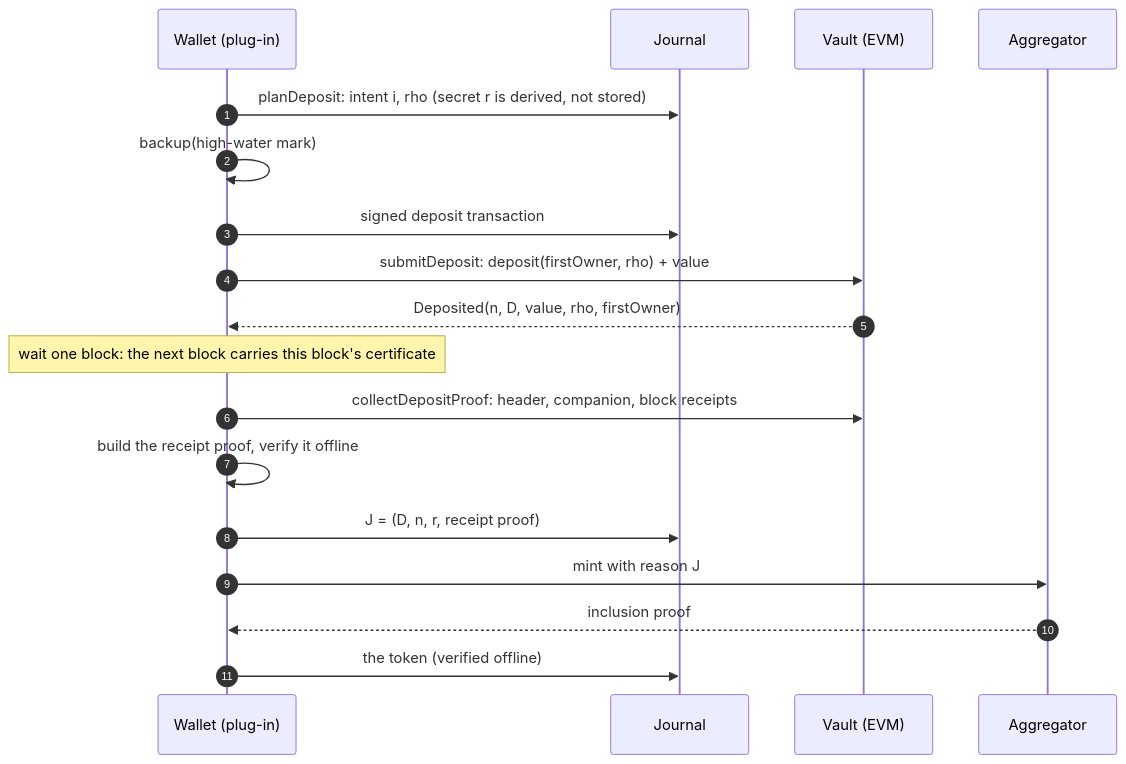
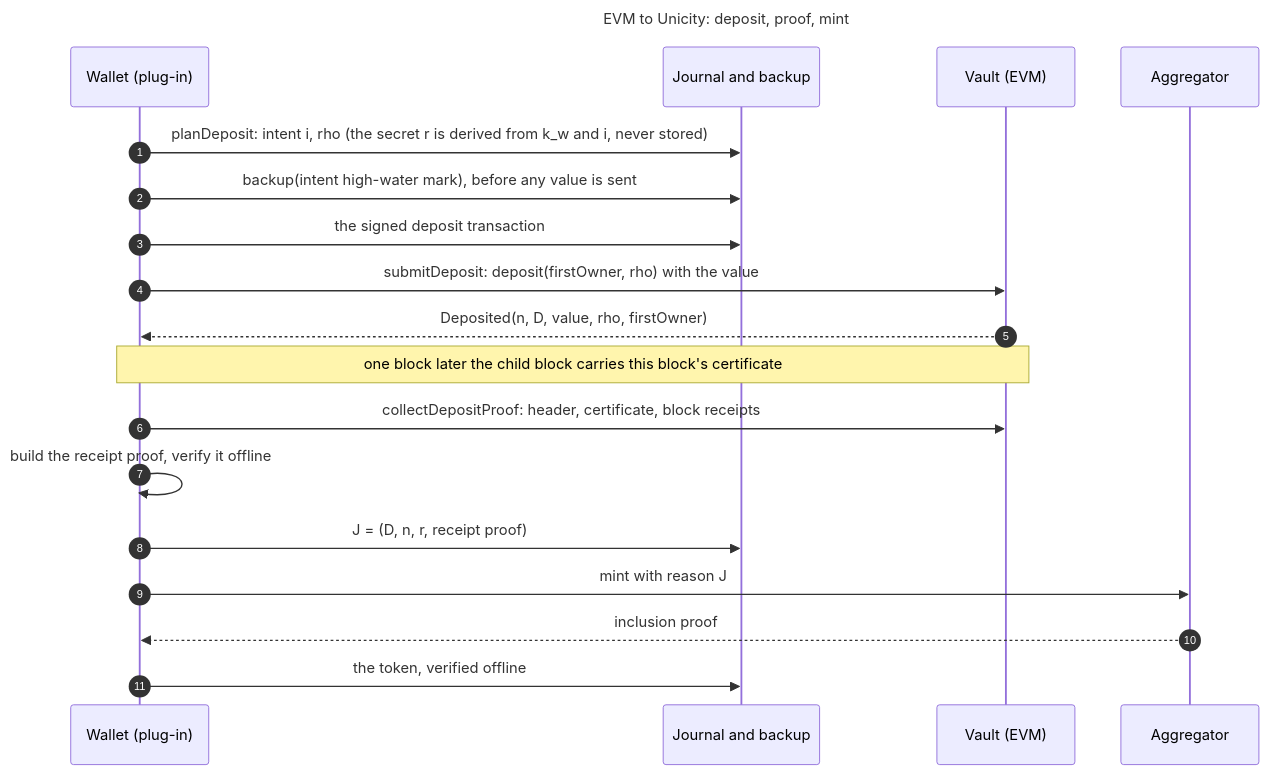
The first of 2 diagrams in docs/nb2-wallet-guide.md (ristik/native-bridge-plugins), drawn with Mermaid before and after one commit. The commit also changed other lines of this file and 8 other files, not shown here.

````diff
--- a/docs/nb2-wallet-guide.md
+++ b/docs/nb2-wallet-guide.md
@@ -40,20 +96,21 @@
 ```mermaid
 sequenceDiagram
     autonumber
+    title EVM to Unicity: deposit, proof, mint
     participant W as Wallet (plug-in)
-    participant J as Journal
+    participant J as Journal and backup
     participant V as Vault (EVM)
     participant A as Aggregator
-    W->>J: planDeposit: intent i, rho (secret r is derived, not stored)
-    W->>W: backup(high-water mark)
-    W->>J: signed deposit transaction
-    W->>V: submitDeposit: deposit(firstOwner, rho) + value
+    W->>J: planDeposit: intent i, rho (the secret r is derived from k_w and i, never stored)
+    W->>J: backup(intent high-water mark), before any value is sent
+    W->>J: the signed deposit transaction
+    W->>V: submitDeposit: deposit(firstOwner, rho) with the value
     V-->>W: Deposited(n, D, value, rho, firstOwner)
-    Note over W: wait one block: the next block carries this block's certificate
-    W->>V: collectDepositProof: header, companion, block receipts
+    Note over W,V: one block later the child block carries this block's certificate
+    W->>V: collectDepositProof: header, certificate, block receipts
     W->>W: build the receipt proof, verify it offline
     W->>J: J = (D, n, r, receipt proof)
     W->>A: mint with reason J
     A-->>W: inclusion proof
-    W->>J: the token (verified offline)
+    W->>J: the token, verified offline
 ```
````
